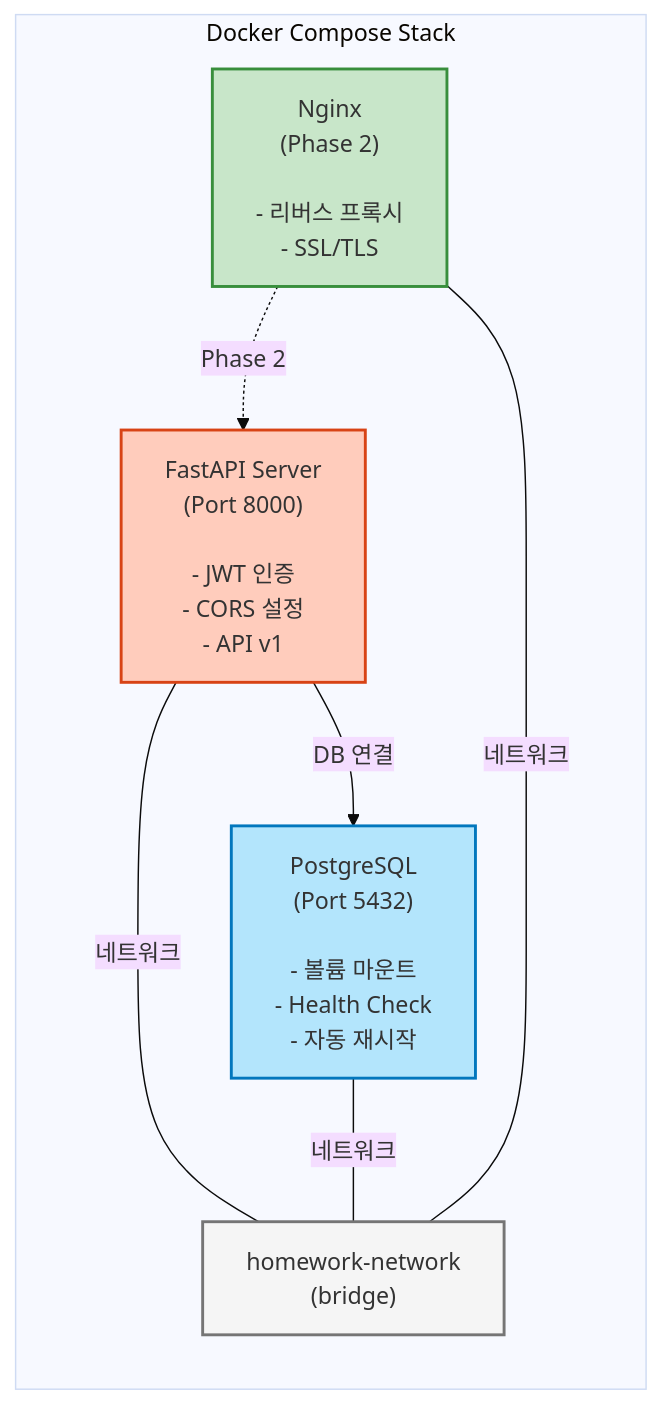
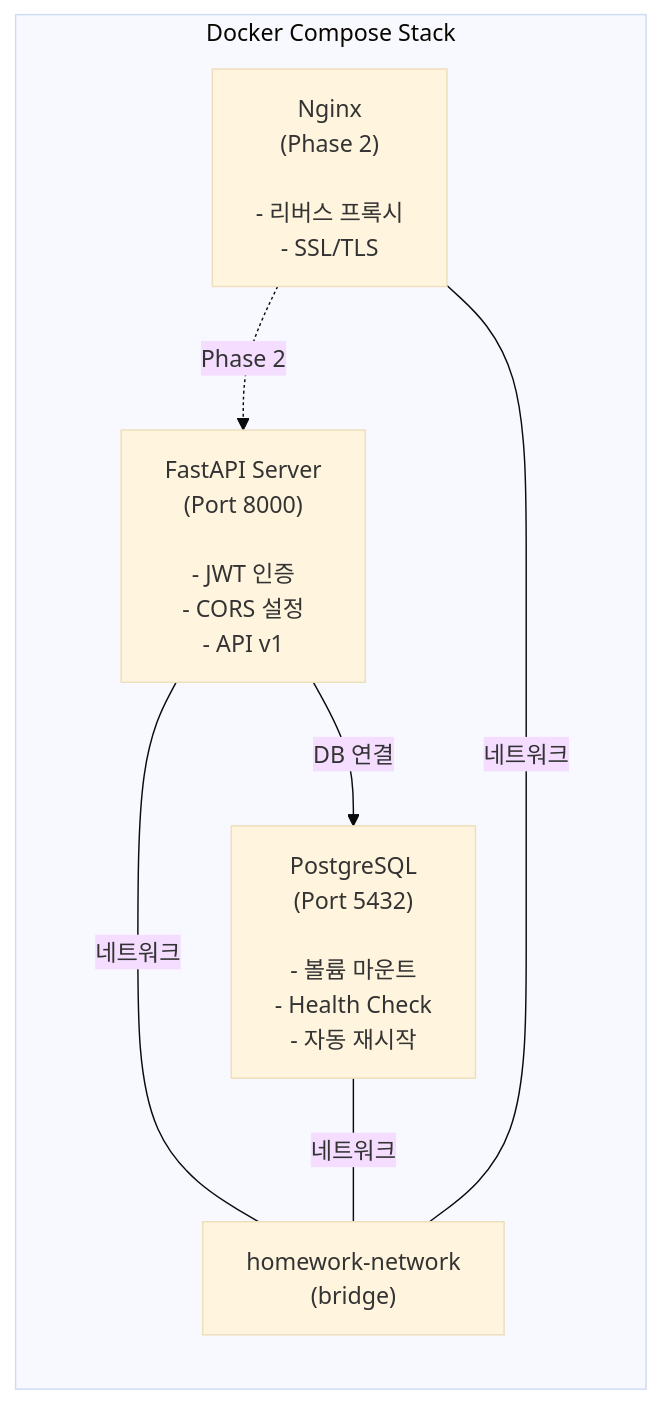
Before and after one commit to lsh930309/HomeworkHelperServer: the third of 7 diagrams in docs/architecture.md, drawn with Mermaid (base theme). The commit also changed other lines of this file and 4 other files, not shown here.

First line of the commit message:
docs: 문서 통합 정리 및 Mermaid 다이어그램 개선

````diff
--- a/docs/architecture.md
+++ b/docs/architecture.md
@@ -202,22 +194,17 @@
 ```mermaid
 graph LR
     subgraph DockerCompose["Docker Compose Stack"]
         FastAPIServer["FastAPI Server<br/>(Port 8000)<br/><br/>- JWT 인증<br/>- CORS 설정<br/>- API v1"]
         PostgreSQL["PostgreSQL<br/>(Port 5432)<br/><br/>- 볼륨 마운트<br/>- Health Check<br/>- 자동 재시작"]
         Nginx["Nginx<br/>(Phase 2)<br/><br/>- 리버스 프록시<br/>- SSL/TLS"]
 
         Network["homework-network<br/>(bridge)"]
     end
 
     FastAPIServer -->|DB 연결| PostgreSQL
     Nginx -.->|Phase 2| FastAPIServer
 
     FastAPIServer ---|네트워크| Network
     PostgreSQL ---|네트워크| Network
     Nginx ---|네트워크| Network
-
-    style FastAPIServer fill:#ffccbc,stroke:#d84315,stroke-width:2px
-    style PostgreSQL fill:#b3e5fc,stroke:#0277bd,stroke-width:2px
-    style Nginx fill:#c8e6c9,stroke:#388e3c,stroke-width:2px
-    style Network fill:#f5f5f5,stroke:#757575,stroke-width:2px
 ```
````
